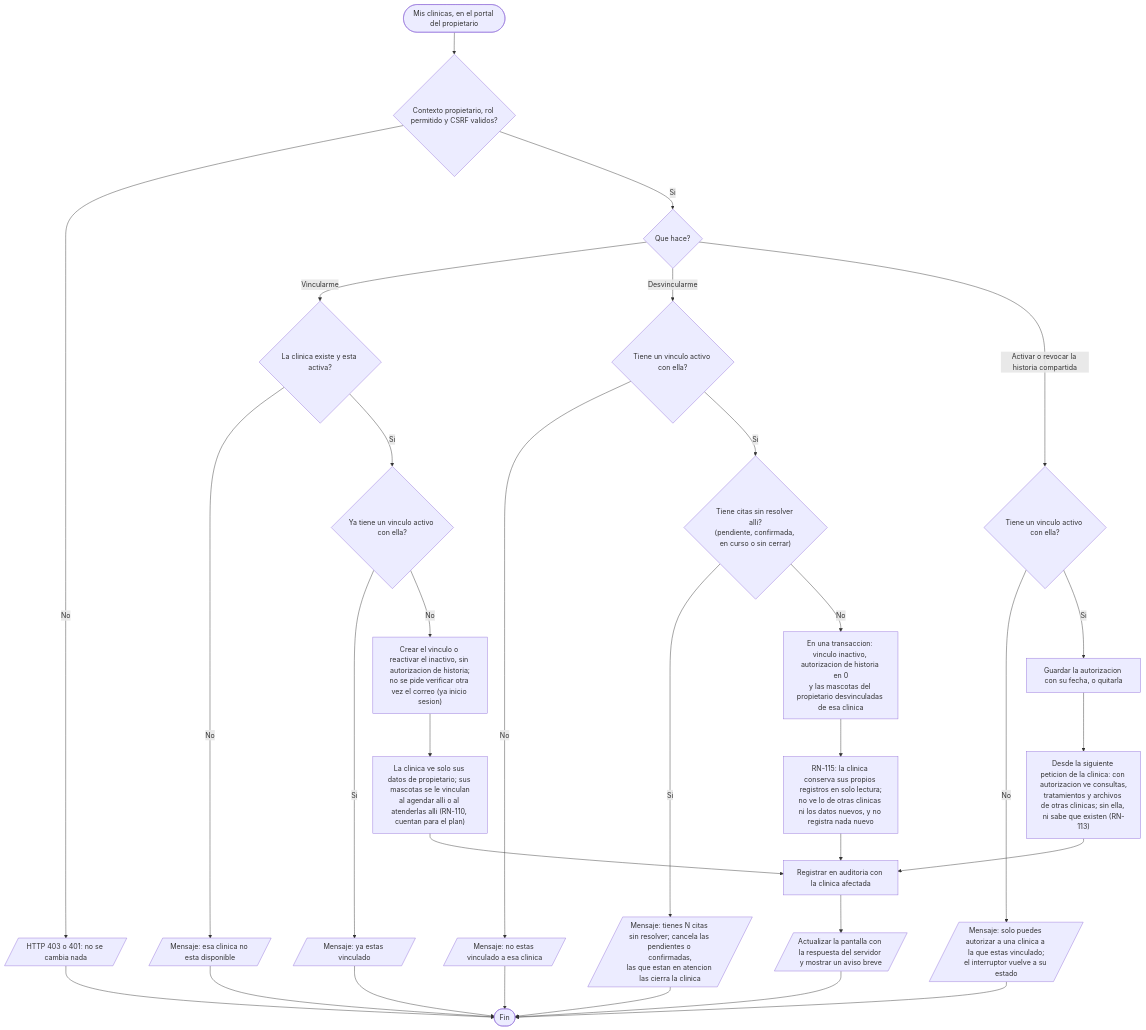
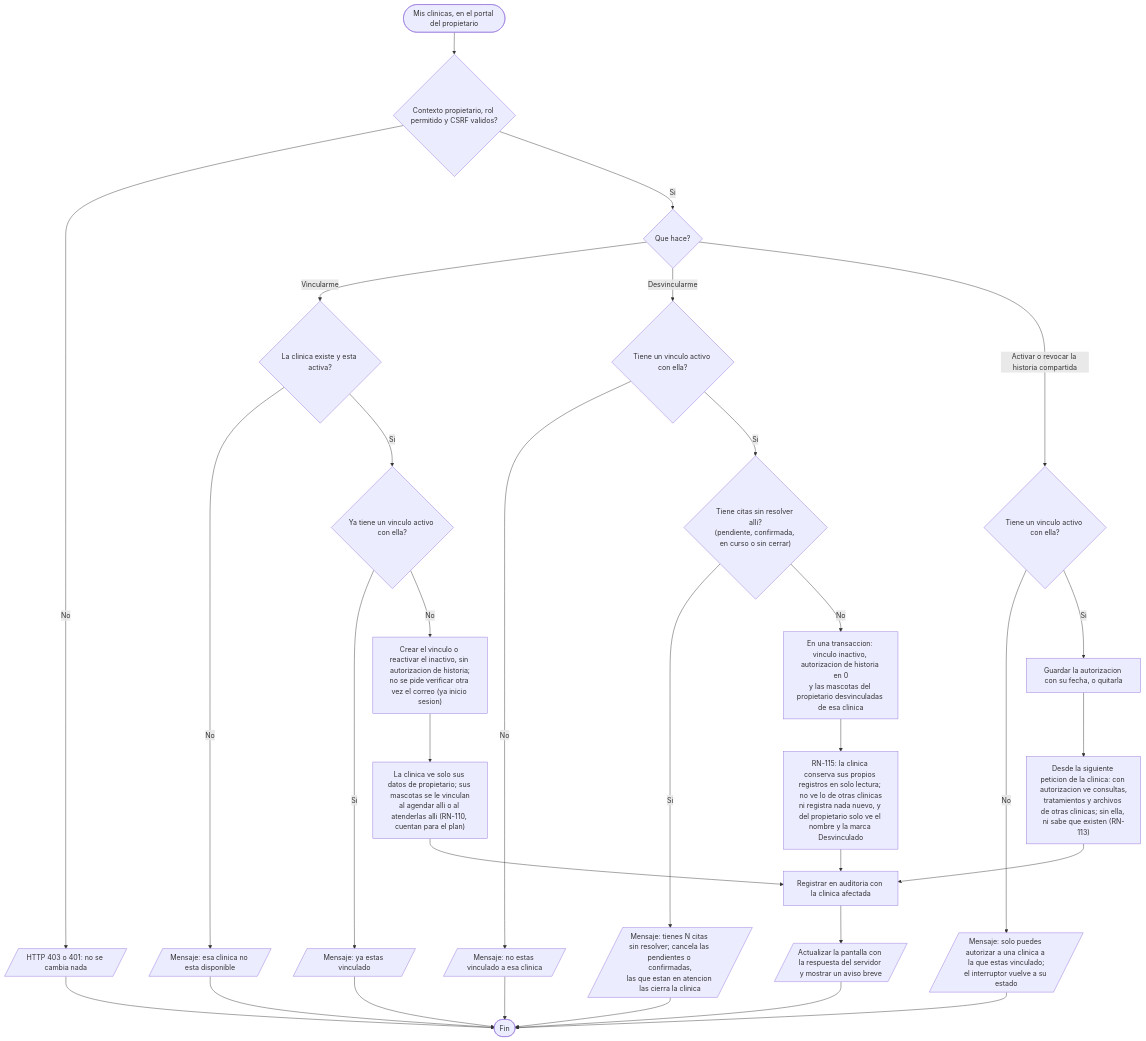
Diagram 14 of 25 in documentacion/Modelos.md (carvajal7lsch-commits/Zooki), drawn with Mermaid before and after one commit. The commit also changed other lines of this file and 4 other files, not shown here.

Commit message:
docs(m5): diagramas 11, 11.1, 12.3 y 13.1, nota de RE-2.10.1 y anexo C1

````diff
--- a/documentacion/Modelos.md
+++ b/documentacion/Modelos.md
@@ -618,37 +618,37 @@
 ```mermaid
 flowchart TD
   A(["Mis clinicas, en el portal del propietario"]) --> S{"Contexto propietario, rol permitido y CSRF validos?"}
   S -- No --> S1[/"HTTP 403 o 401: no se cambia nada"/]
   S1 --> ZF([Fin])
   S -- Si --> Q{Que hace?}
 
   Q -- Vincularme --> V1{"La clinica existe y esta activa?"}
   V1 -- No --> V1N[/"Mensaje: esa clinica no esta disponible"/]
   V1N --> ZF
   V1 -- Si --> V2{"Ya tiene un vinculo activo con ella?"}
   V2 -- Si --> V2N[/"Mensaje: ya estas vinculado"/]
   V2N --> ZF
   V2 -- No --> V3["Crear el vinculo o reactivar el inactivo, sin autorizacion de historia;<br/>no se pide verificar otra vez el correo (ya inicio sesion)"]
   V3 --> V4["La clinica ve solo sus datos de propietario; sus mascotas se le vinculan<br/>al agendar alli o al atenderlas alli (RN-110, cuentan para el plan)"]
   V4 --> AUD["Registrar en auditoria con la clinica afectada"]
 
   Q -- Desvincularme --> D1{"Tiene un vinculo activo con ella?"}
   D1 -- No --> D1N[/"Mensaje: no estas vinculado a esa clinica"/]
   D1N --> ZF
   D1 -- Si --> D2{"Tiene citas sin resolver alli?<br/>(pendiente, confirmada, en curso o sin cerrar)"}
   D2 -- Si --> D2N[/"Mensaje: tienes N citas sin resolver; cancela las pendientes o confirmadas,<br/>las que estan en atencion las cierra la clinica"/]
   D2N --> ZF
   D2 -- No --> D3["En una transaccion: vinculo inactivo, autorizacion de historia en 0<br/>y las mascotas del propietario desvinculadas de esa clinica"]
-  D3 --> D4["RN-115: la clinica conserva sus propios registros en solo lectura;<br/>no ve lo de otras clinicas ni los datos nuevos, y no registra nada nuevo"]
+  D3 --> D4["RN-115: la clinica conserva sus propios registros en solo lectura; no ve lo de otras clinicas<br/>ni registra nada nuevo, y del propietario solo ve el nombre y la marca Desvinculado"]
   D4 --> AUD
 
   Q -- "Activar o revocar la historia compartida" --> H1{"Tiene un vinculo activo con ella?"}
   H1 -- No --> H1N[/"Mensaje: solo puedes autorizar a una clinica a la que estas vinculado;<br/>el interruptor vuelve a su estado"/]
   H1N --> ZF
   H1 -- Si --> H2["Guardar la autorizacion con su fecha, o quitarla"]
   H2 --> H3["Desde la siguiente peticion de la clinica: con autorizacion ve consultas,<br/>tratamientos y archivos de otras clinicas; sin ella, ni sabe que existen (RN-113)"]
   H3 --> AUD
 
   AUD --> UI[/"Actualizar la pantalla con la respuesta del servidor y mostrar un aviso breve"/]
   UI --> ZF
 ```
````
